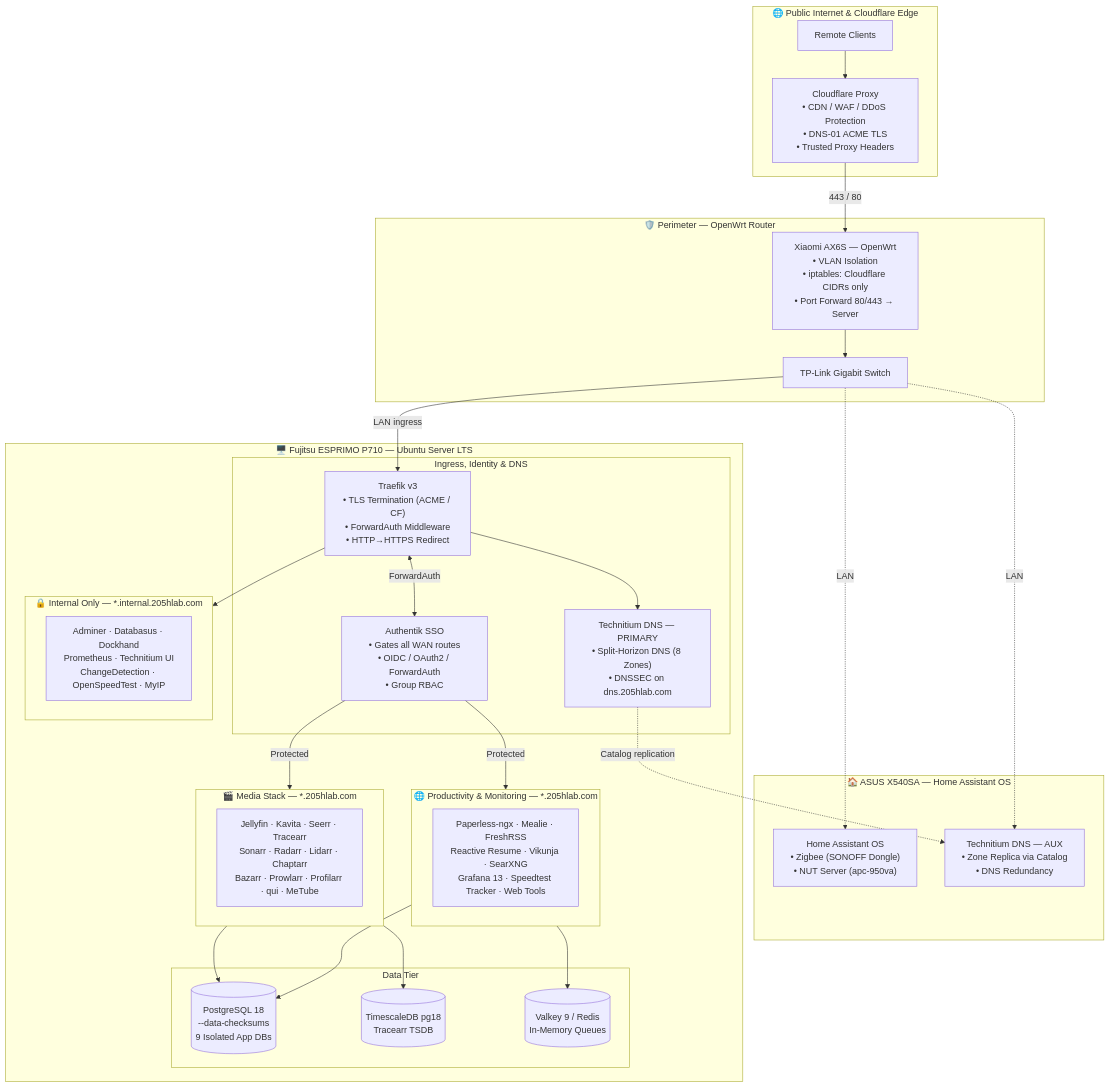
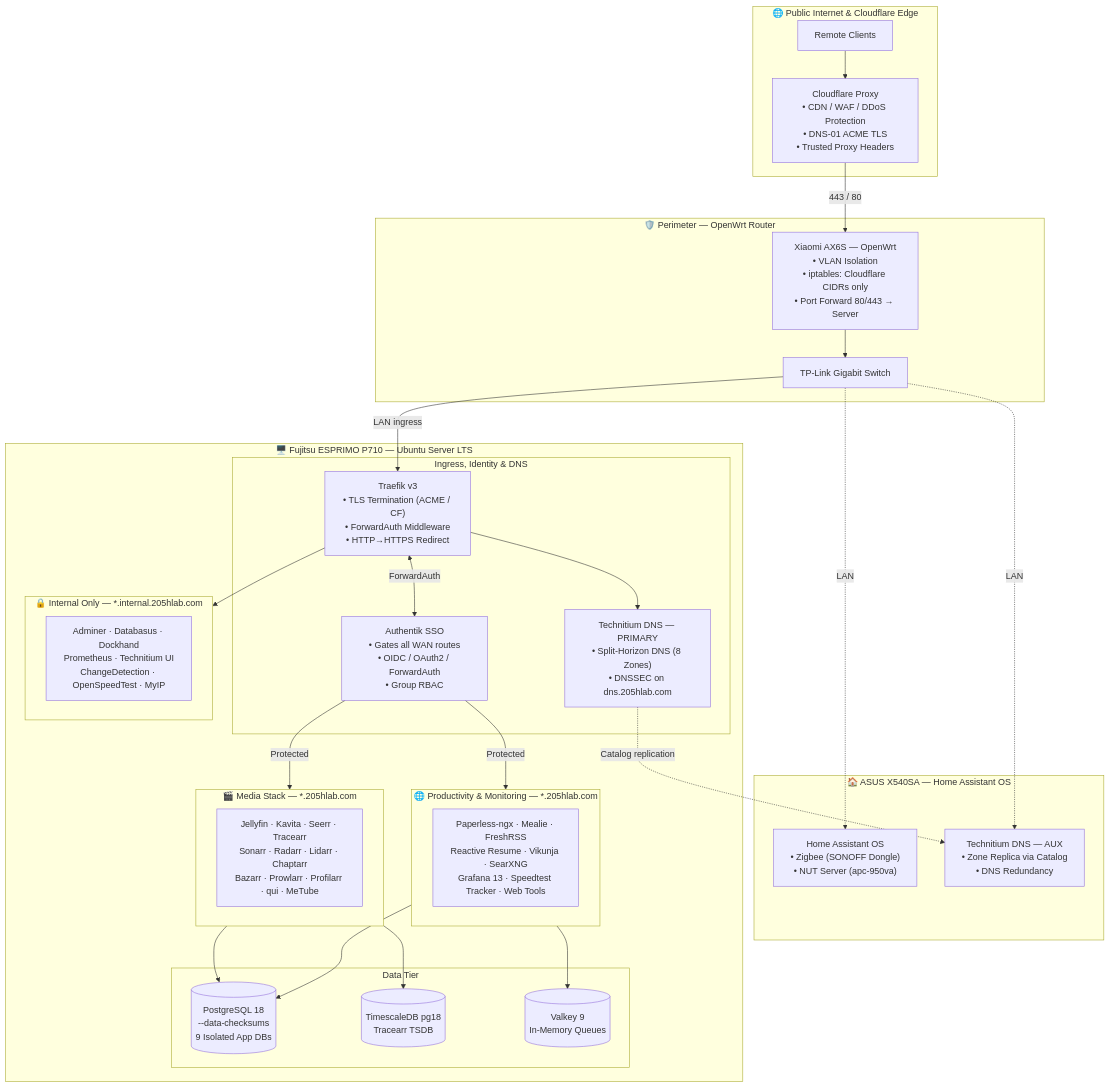
Before and after one commit to Dr20Ervin/205hlab: the first of 2 diagrams in README.md, drawn with Mermaid. The commit also changed other lines of this file and 6 other files, not shown here.

````diff
--- a/README.md
+++ b/README.md
@@ -90,58 +90,58 @@
 ```mermaid
 flowchart TD
     subgraph WAN["🌐 Public Internet & Cloudflare Edge"]
         RemoteUser["Remote Clients"]
         CF["Cloudflare Proxy\n• CDN / WAF / DDoS Protection\n• DNS-01 ACME TLS\n• Trusted Proxy Headers"]
         RemoteUser --> CF
     end
 
     subgraph Network["🛡️ Perimeter — OpenWrt Router"]
         OWrt["Xiaomi AX6S — OpenWrt\n• VLAN Isolation\n• iptables: Cloudflare CIDRs only\n• Port Forward 80/443 → Server"]
         Switch["TP-Link Gigabit Switch"]
         CF -->|443 / 80| OWrt
         OWrt --> Switch
     end
 
     subgraph HAOS["🏠 ASUS X540SA — Home Assistant OS"]
         HA["Home Assistant OS\n• Zigbee (SONOFF Dongle)\n• NUT Server (apc-950va)"]
         AuxDNS["Technitium DNS — AUX\n• Zone Replica via Catalog\n• DNS Redundancy"]
         Switch -.->|LAN| HA
         Switch -.->|LAN| AuxDNS
     end
 
     subgraph Server["🖥️ Fujitsu ESPRIMO P710 — Ubuntu Server LTS"]
         subgraph Ingress["Ingress, Identity & DNS"]
             Traefik["Traefik v3\n• TLS Termination (ACME / CF)\n• ForwardAuth Middleware\n• HTTP→HTTPS Redirect"]
             Authentik["Authentik SSO\n• Gates all WAN routes\n• OIDC / OAuth2 / ForwardAuth\n• Group RBAC"]
             DNS["Technitium DNS — PRIMARY\n• Split-Horizon DNS (8 Zones)\n• DNSSEC on dns.205hlab.com"]
         end
 
         subgraph Data["Data Tier"]
             PG[("PostgreSQL 18\n--data-checksums\n9 Isolated App DBs")]
             TSB[("TimescaleDB pg18\nTracearr TSDB")]
-            VLK[("Valkey 9 / Redis\nIn-Memory Queues")]
+            VLK[("Valkey 9\nIn-Memory Queues")]
         end
 
         subgraph InternalApps["🔒 Internal Only — *.internal.205hlab.com"]
             IntGroup["Adminer · Databasus · Dockhand\nPrometheus · Technitium UI\nChangeDetection · OpenSpeedTest · MyIP"]
         end
 
         subgraph ExternalApps["🌐 Productivity & Monitoring — *.205hlab.com"]
             ExtGroup["Paperless-ngx · Mealie · FreshRSS\nReactive Resume · Vikunja · SearXNG\nGrafana 13 · Speedtest Tracker · Web Tools"]
         end
 
         subgraph Media["🎬 Media Stack — *.205hlab.com"]
             MediaGroup["Jellyfin · Kavita · Seerr · Tracearr\nSonarr · Radarr · Lidarr · Chaptarr\nBazarr · Prowlarr · Profilarr · qui · MeTube"]
         end
     end
 
     Switch -->|LAN ingress| Traefik
     Traefik <-->|ForwardAuth| Authentik
     Authentik -->|Protected| ExternalApps
     Authentik -->|Protected| Media
     Traefik --> InternalApps
     Traefik --> DNS
     ExternalApps --> PG & VLK
     Media --> PG & TSB
     DNS -.->|Catalog replication| AuxDNS
 ```
````
